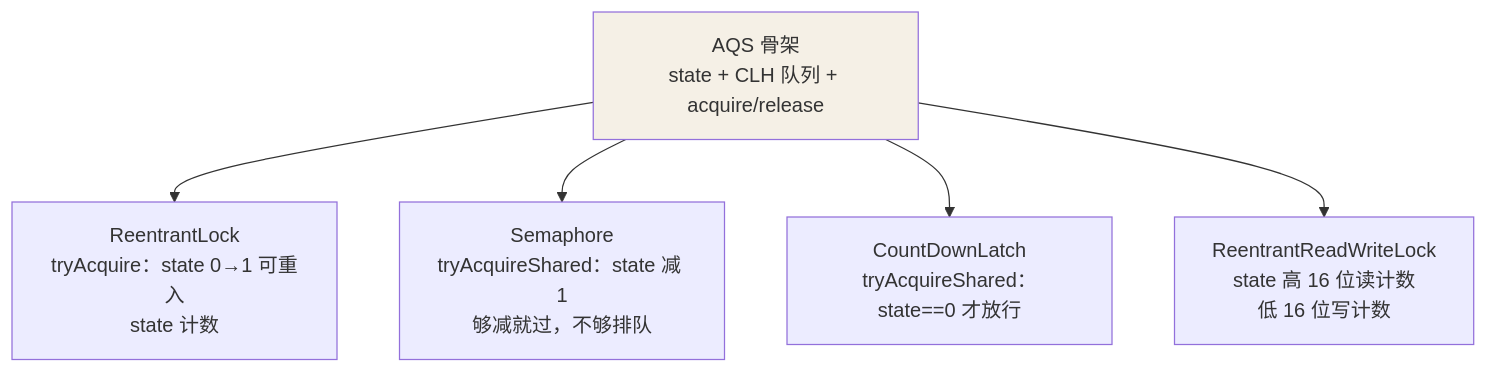
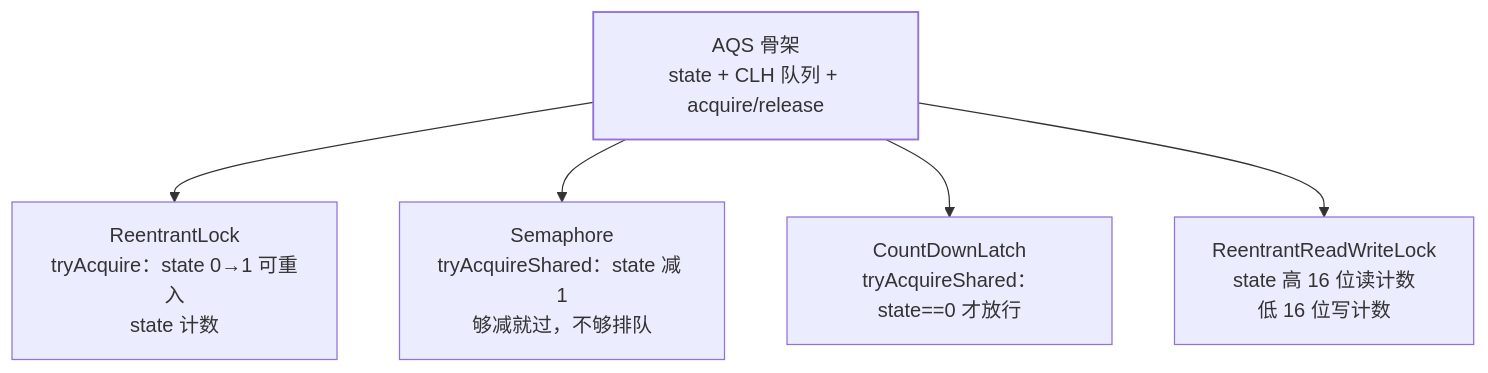
The first of 2 diagrams in src/content/docs/java/intermediate/concurrent/05-aqs.md (Loadhao/ascension), drawn with Mermaid before and after one commit. The commit also changed other lines of this file and 87 other files, not shown here.

First line of the commit message:
fix: 全站图表配色改由主题接管，修复暗色主题下浅底浅字看不清

````diff
--- a/src/content/docs/java/intermediate/concurrent/05-aqs.md
+++ b/src/content/docs/java/intermediate/concurrent/05-aqs.md
@@ -31,9 +31,10 @@
 ```mermaid
 flowchart TB
     AQS["AQS 骨架<br/>state + CLH 队列 + acquire/release"] --> L["ReentrantLock<br/>tryAcquire：state 0→1 可重入<br/>state 计数"]
     AQS --> S["Semaphore<br/>tryAcquireShared：state 减 1<br/>够减就过，不够排队"]
     AQS --> CD["CountDownLatch<br/>tryAcquireShared：state==0 才放行"]
     AQS --> RW["ReentrantReadWriteLock<br/>state 高 16 位读计数<br/>低 16 位写计数"]
 
-    style AQS fill:#f5f0e6
+    class AQS hl
+    classDef hl stroke-width:1.5px
 ```
````
